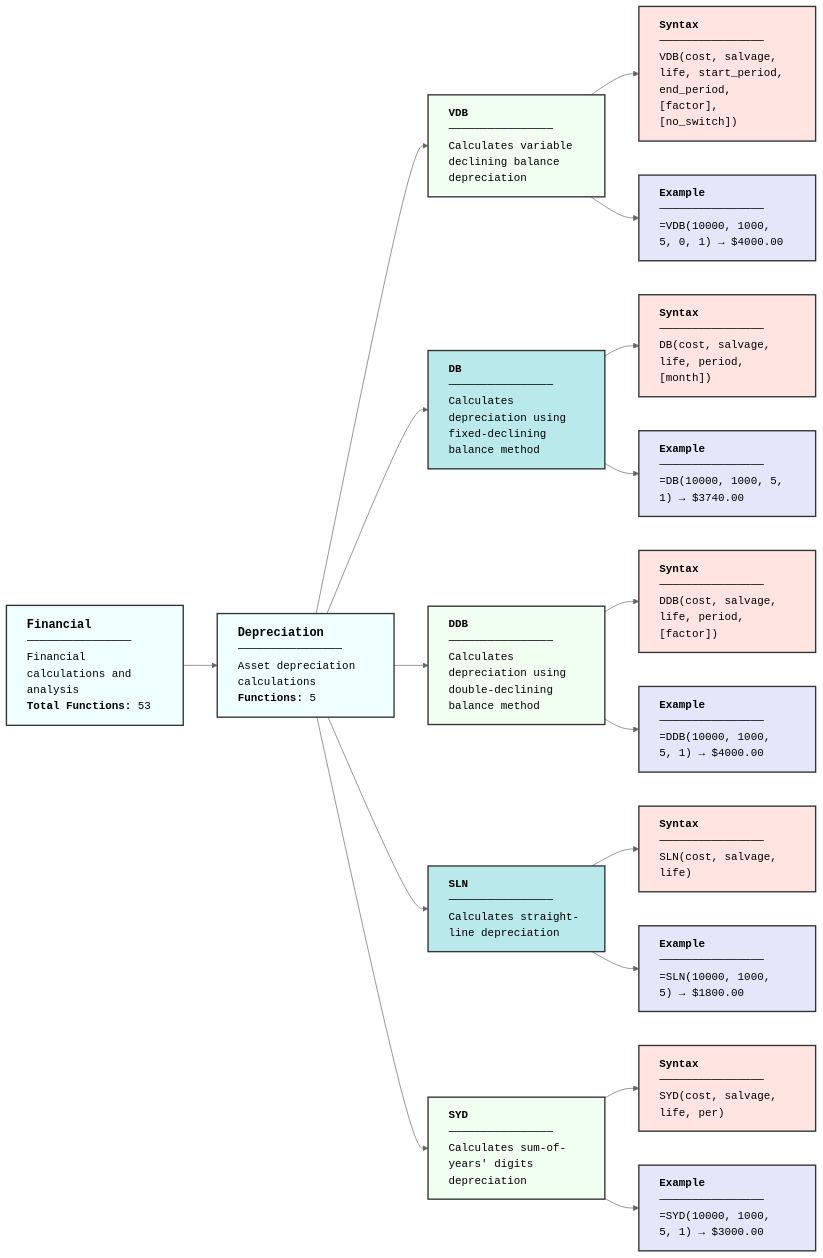
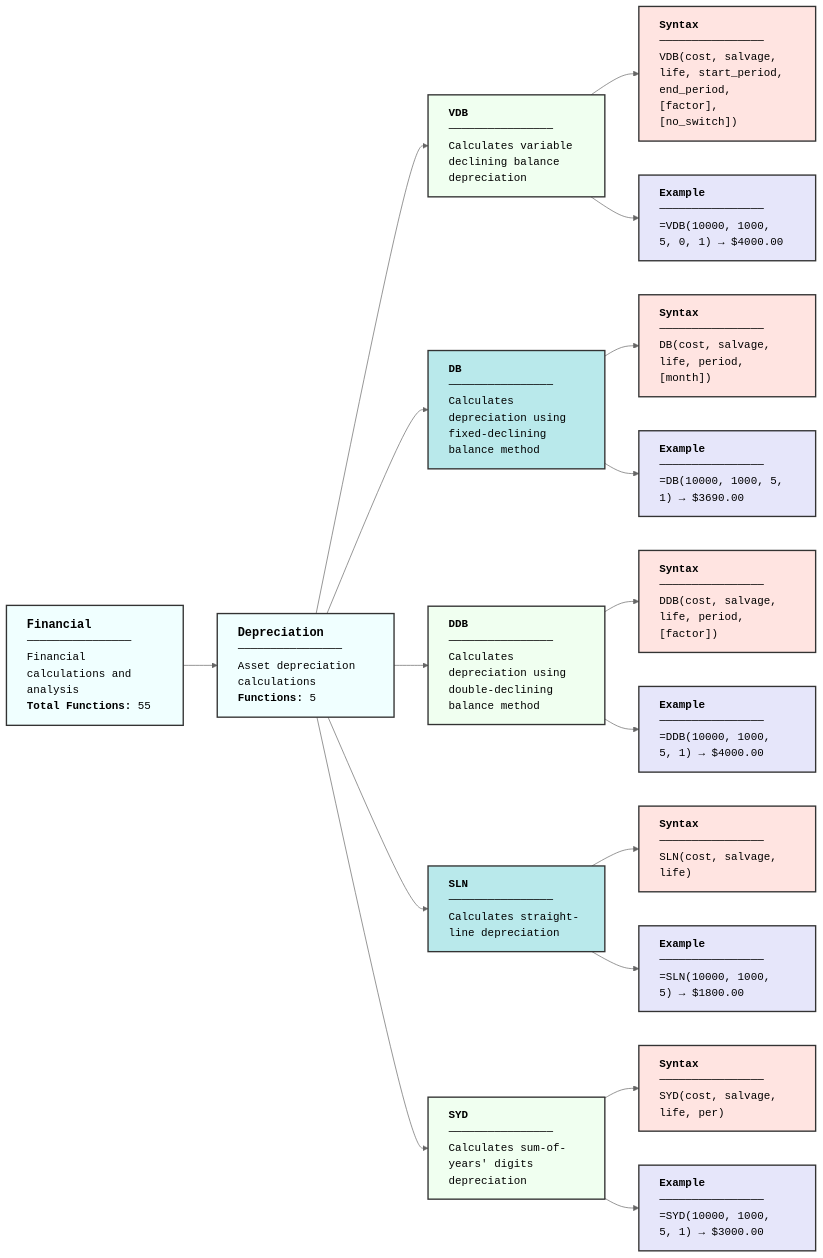
One commit to klappe-pm/Spreadsheet-Functions changed the diagram in Diagrams/Functions-Financial.md. Above: the diagram before and after it, drawn with Mermaid (neutral theme). The commit also changed other lines of this file and 15 other files, not shown here.

First line of the commit message:
Review Engineering, Financial, Cube and array diagrams

````diff
--- a/Diagrams/Functions-Financial.md
+++ b/Diagrams/Functions-Financial.md
@@ -20,56 +30,56 @@
 ```mermaid
 
 graph LR
-    Financial["<div align='left' style='font-family: MonoLisa, monospace;'><b style='font-size: 1.1em;'>Financial</b><br/>────────────────<br/>Financial calculations and analysis<br/><b>Total Functions:</b> 53</div>"]
-    
+    Financial["<div align='left' style='font-family: MonoLisa, monospace;'><b style='font-size: 1.1em;'>Financial</b><br/>────────────────<br/>Financial calculations and analysis<br/><b>Total Functions:</b> 55</div>"]
+
     Financial --> Depreciation["<div align='left' style='font-family: MonoLisa, monospace;'><b style='font-size: 1.1em;'>Depreciation</b><br/>────────────────<br/>Asset depreciation calculations<br/><b>Functions:</b> 5</div>"]
-    
+
     %% Depreciation (5 functions)
-    %% VDB - Function 1
+    %% VDB: Function 1
     Depreciation --> VDB["<div align='left' style='font-family: MonoLisa, monospace;'><b>VDB</b><br/>────────────────<br/>Calculates variable declining balance depreciation</div>"]
     VDB --> VDBSYNTAX["<div align='left' style='font-family: MonoLisa, monospace;'><b>Syntax</b><br/>────────────────<br/>VDB(cost, salvage, life, start_period, end_period, [factor], [no_switch])</div>"]
     VDB --> VDBEXAMPLE["<div align='left' style='font-family: MonoLisa, monospace;'><b>Example</b><br/>────────────────<br/>=VDB(10000, 1000, 5, 0, 1) → $4000.00</div>"]
-    
-    %% DB - Function 2
+
+    %% DB: Function 2
     Depreciation --> DB["<div align='left' style='font-family: MonoLisa, monospace;'><b>DB</b><br/>────────────────<br/>Calculates depreciation using fixed-declining balance method</div>"]
     DB --> DBSYNTAX["<div align='left' style='font-family: MonoLisa, monospace;'><b>Syntax</b><br/>────────────────<br/>DB(cost, salvage, life, period, [month])</div>"]
-    DB --> DBEXAMPLE["<div align='left' style='font-family: MonoLisa, monospace;'><b>Example</b><br/>────────────────<br/>=DB(10000, 1000, 5, 1) → $3740.00</div>"]
-    
-    %% DDB - Function 3
+    DB --> DBEXAMPLE["<div align='left' style='font-family: MonoLisa, monospace;'><b>Example</b><br/>────────────────<br/>=DB(10000, 1000, 5, 1) → $3690.00</div>"]
+
+    %% DDB: Function 3
     Depreciation --> DDB["<div align='left' style='font-family: MonoLisa, monospace;'><b>DDB</b><br/>────────────────<br/>Calculates depreciation using double-declining balance method</div>"]
     DDB --> DDBSYNTAX["<div align='left' style='font-family: MonoLisa, monospace;'><b>Syntax</b><br/>────────────────<br/>DDB(cost, salvage, life, period, [factor])</div>"]
     DDB --> DDBEXAMPLE["<div align='left' style='font-family: MonoLisa, monospace;'><b>Example</b><br/>────────────────<br/>=DDB(10000, 1000, 5, 1) → $4000.00</div>"]
-    
-    %% SLN - Function 4
+
+    %% SLN: Function 4
     Depreciation --> SLN["<div align='left' style='font-family: MonoLisa, monospace;'><b>SLN</b><br/>────────────────<br/>Calculates straight-line depreciation</div>"]
     SLN --> SLNSYNTAX["<div align='left' style='font-family: MonoLisa, monospace;'><b>Syntax</b><br/>────────────────<br/>SLN(cost, salvage, life)</div>"]
     SLN --> SLNEXAMPLE["<div align='left' style='font-family: MonoLisa, monospace;'><b>Example</b><br/>────────────────<br/>=SLN(10000, 1000, 5) → $1800.00</div>"]
-    
-    %% SYD - Function 5
+
+    %% SYD: Function 5
     Depreciation --> SYD["<div align='left' style='font-family: MonoLisa, monospace;'><b>SYD</b><br/>────────────────<br/>Calculates sum-of-years' digits depreciation</div>"]
     SYD --> SYDSYNTAX["<div align='left' style='font-family: MonoLisa, monospace;'><b>Syntax</b><br/>────────────────<br/>SYD(cost, salvage, life, per)</div>"]
     SYD --> SYDEXAMPLE["<div align='left' style='font-family: MonoLisa, monospace;'><b>Example</b><br/>────────────────<br/>=SYD(10000, 1000, 5, 1) → $3000.00</div>"]
-    
+
     %% Styling
     style Financial fill:#F0FFFF,stroke:#333,stroke-width:2px
     style Depreciation fill:#F0FFFF,stroke:#333,stroke-width:2px
     %% Functions alternate colors
     style VDB fill:#F0FFF0,stroke:#333,stroke-width:2px
     style DB fill:#B9E9EB,stroke:#333,stroke-width:2px
     style DDB fill:#F0FFF0,stroke:#333,stroke-width:2px
     style SLN fill:#B9E9EB,stroke:#333,stroke-width:2px
     style SYD fill:#F0FFF0,stroke:#333,stroke-width:2px
-    %% All syntax nodes - pink
+    %% All syntax nodes: pink
     style VDBSYNTAX fill:#FFE4E1,stroke:#333,stroke-width:2px
     style DBSYNTAX fill:#FFE4E1,stroke:#333,stroke-width:2px
     style DDBSYNTAX fill:#FFE4E1,stroke:#333,stroke-width:2px
     style SLNSYNTAX fill:#FFE4E1,stroke:#333,stroke-width:2px
     style SYDSYNTAX fill:#FFE4E1,stroke:#333,stroke-width:2px
-    %% All example nodes - lavender
+    %% All example nodes: lavender
     style VDBEXAMPLE fill:#E6E6FA,stroke:#333,stroke-width:2px
     style DBEXAMPLE fill:#E6E6FA,stroke:#333,stroke-width:2px
     style DDBEXAMPLE fill:#E6E6FA,stroke:#333,stroke-width:2px
     style SLNEXAMPLE fill:#E6E6FA,stroke:#333,stroke-width:2px
     style SYDEXAMPLE fill:#E6E6FA,stroke:#333,stroke-width:2px
-    
+
 ```
````
